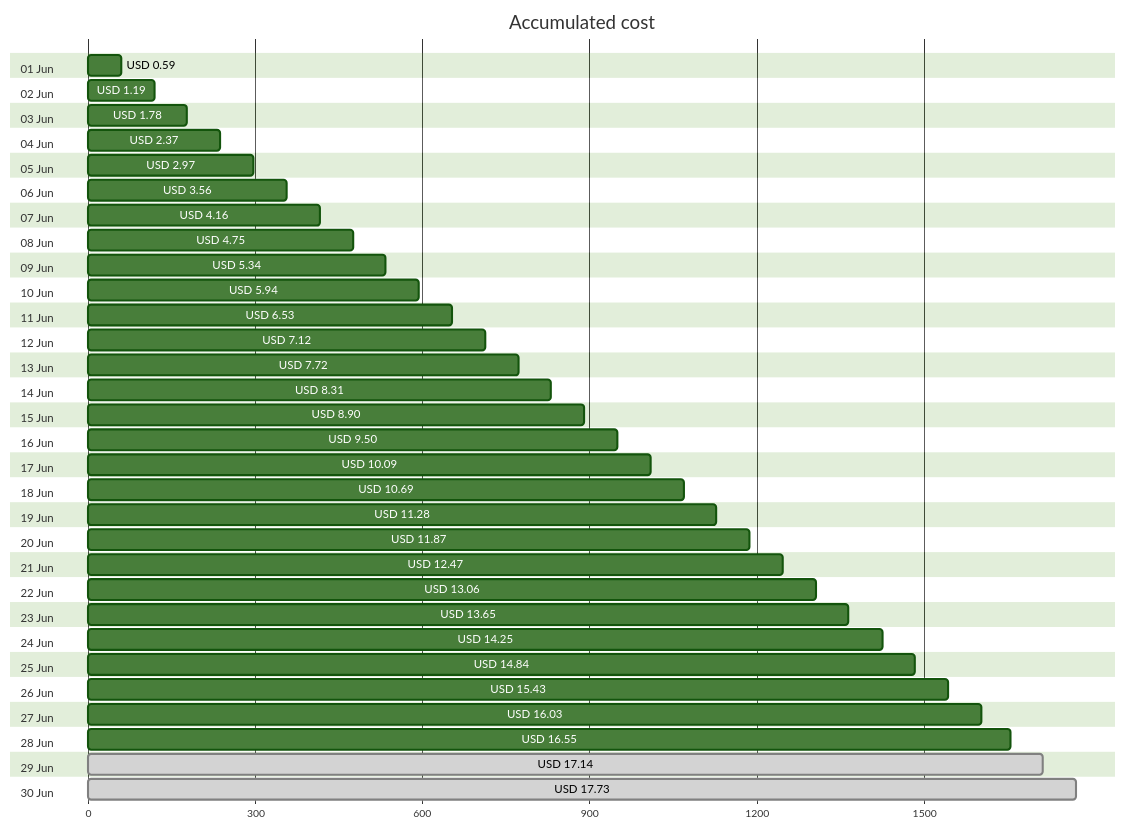
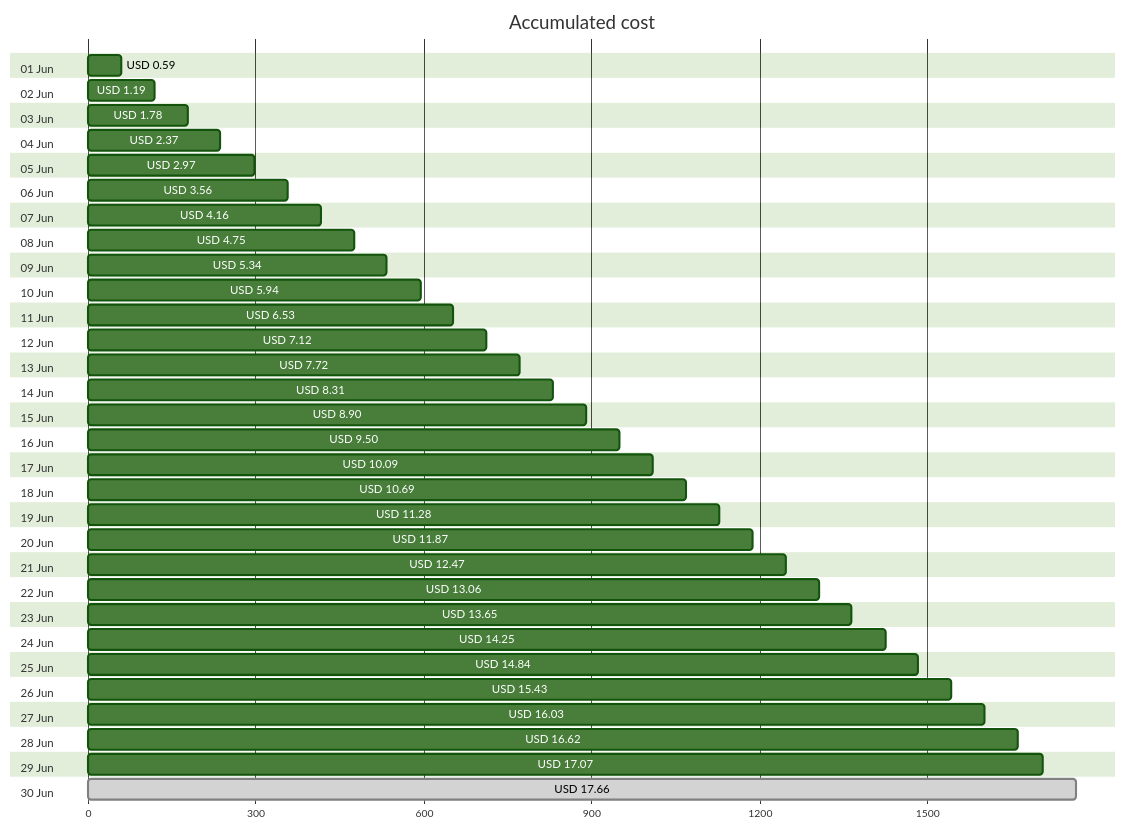
One commit to jpfulton/azure-personal-reports changed the first of 4 diagrams in cost-reports/personal-site/README.md. Above: the diagram before and after it, drawn with Mermaid (forest theme). The commit also changed other lines of this file and 6 other files, not shown here.

````diff
--- a/cost-reports/personal-site/README.md
+++ b/cost-reports/personal-site/README.md
@@ -20,66 +20,66 @@
 ```mermaid
 gantt
    title Accumulated cost
    dateFormat  X
    axisFormat %s
    section 01 Jun
    USD 0.59 :0, 59
    section 02 Jun
    USD 1.19 :0, 119
    section 03 Jun
    USD 1.78 :0, 178
    section 04 Jun
    USD 2.37 :0, 237
    section 05 Jun
    USD 2.97 :0, 297
    section 06 Jun
    USD 3.56 :0, 356
    section 07 Jun
    USD 4.16 :0, 416
    section 08 Jun
    USD 4.75 :0, 475
    section 09 Jun
    USD 5.34 :0, 534
    section 10 Jun
    USD 5.94 :0, 594
    section 11 Jun
    USD 6.53 :0, 653
    section 12 Jun
    USD 7.12 :0, 712
    section 13 Jun
    USD 7.72 :0, 772
    section 14 Jun
    USD 8.31 :0, 831
    section 15 Jun
    USD 8.90 :0, 890
    section 16 Jun
    USD 9.50 :0, 950
    section 17 Jun
    USD 10.09 :0, 1009
    section 18 Jun
    USD 10.69 :0, 1069
    section 19 Jun
    USD 11.28 :0, 1128
    section 20 Jun
    USD 11.87 :0, 1187
    section 21 Jun
    USD 12.47 :0, 1247
    section 22 Jun
    USD 13.06 :0, 1306
    section 23 Jun
    USD 13.65 :0, 1365
    section 24 Jun
    USD 14.25 :0, 1425
    section 25 Jun
    USD 14.84 :0, 1484
    section 26 Jun
    USD 15.43 :0, 1543
    section 27 Jun
    USD 16.03 :0, 1603
    section 28 Jun
-   USD 16.55 :0, 1655
+   USD 16.62 :0, 1662
    section 29 Jun
-   USD 17.14 : done, 0, 1714
+   USD 17.07 :0, 1707
    section 30 Jun
-   USD 17.73 : done, 0, 1773
+   USD 17.66 : done, 0, 1766
 ```
````
